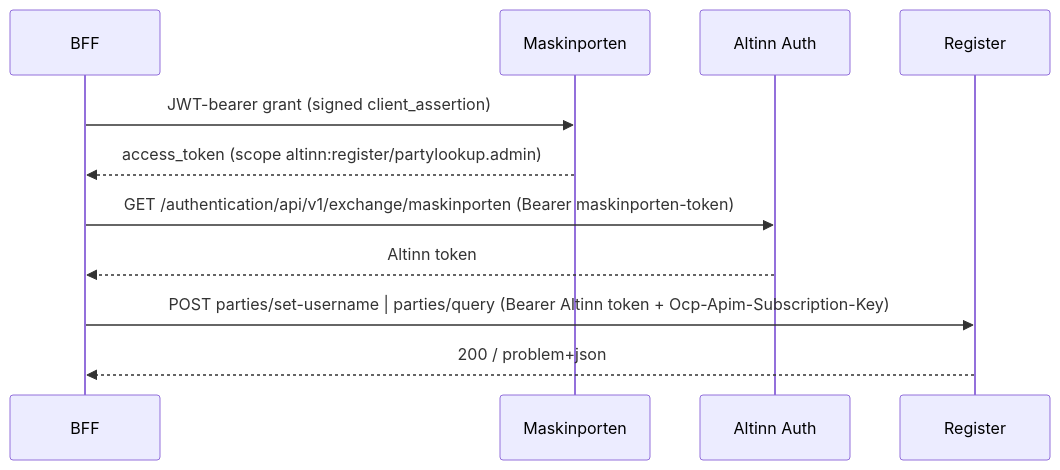
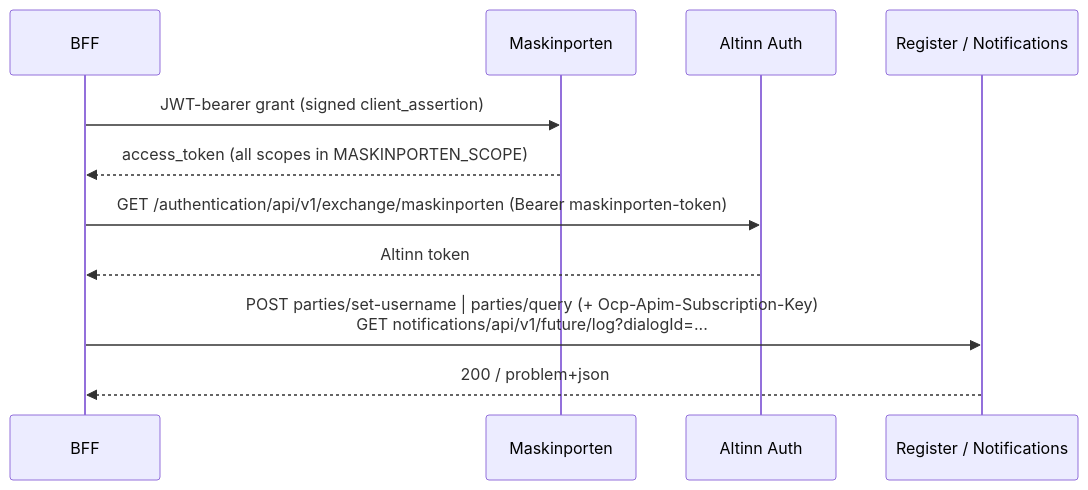
One commit to Altinn/dialogporten-frontend changed the diagram in packages/docs/src/content/docs/notes/maskinporten/maskinporten.mdx. Above: the diagram before and after it, drawn with Mermaid. The commit also changed other lines of this file and 19 other files, not shown here.

````diff
--- a/packages/docs/src/content/docs/notes/maskinporten/maskinporten.mdx
+++ b/packages/docs/src/content/docs/notes/maskinporten/maskinporten.mdx
@@ -11,14 +12,14 @@
 ```mermaid
 sequenceDiagram
     participant BFF
     participant Maskinporten
     participant Altinn as Altinn Auth
-    participant Register
+    participant API as Register / Notifications
 
     BFF->>Maskinporten: JWT-bearer grant (signed client_assertion)
-    Maskinporten-->>BFF: access_token (scope altinn:register/partylookup.admin)
+    Maskinporten-->>BFF: access_token (all scopes in MASKINPORTEN_SCOPE)
     BFF->>Altinn: GET /authentication/api/v1/exchange/maskinporten (Bearer maskinporten-token)
     Altinn-->>BFF: Altinn token
-    BFF->>Register: POST parties/set-username | parties/query (Bearer Altinn token + Ocp-Apim-Subscription-Key)
-    Register-->>BFF: 200 / problem+json
+    BFF->>API: POST parties/set-username | parties/query (+ Ocp-Apim-Subscription-Key)<br/>GET notifications/api/v1/future/log?dialogId=...
+    API-->>BFF: 200 / problem+json
 ```
````
